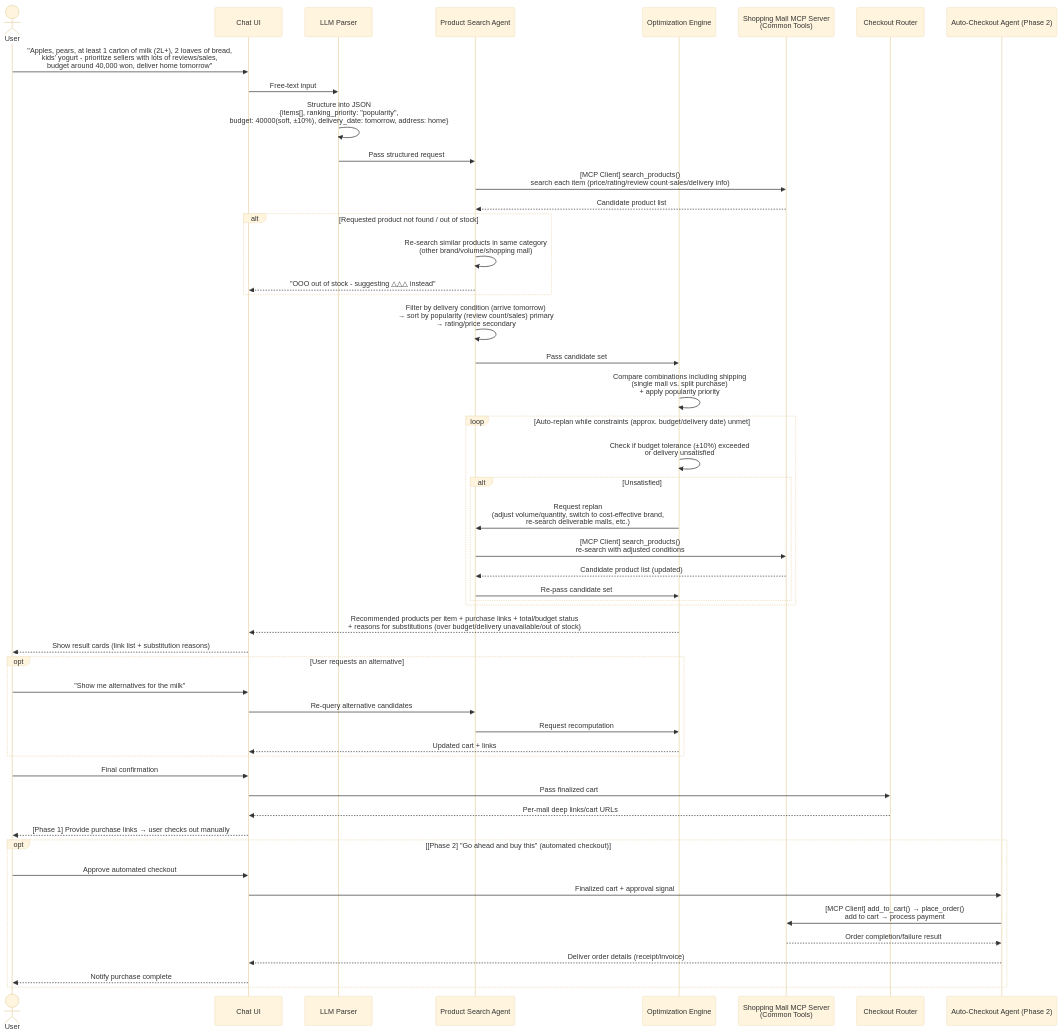
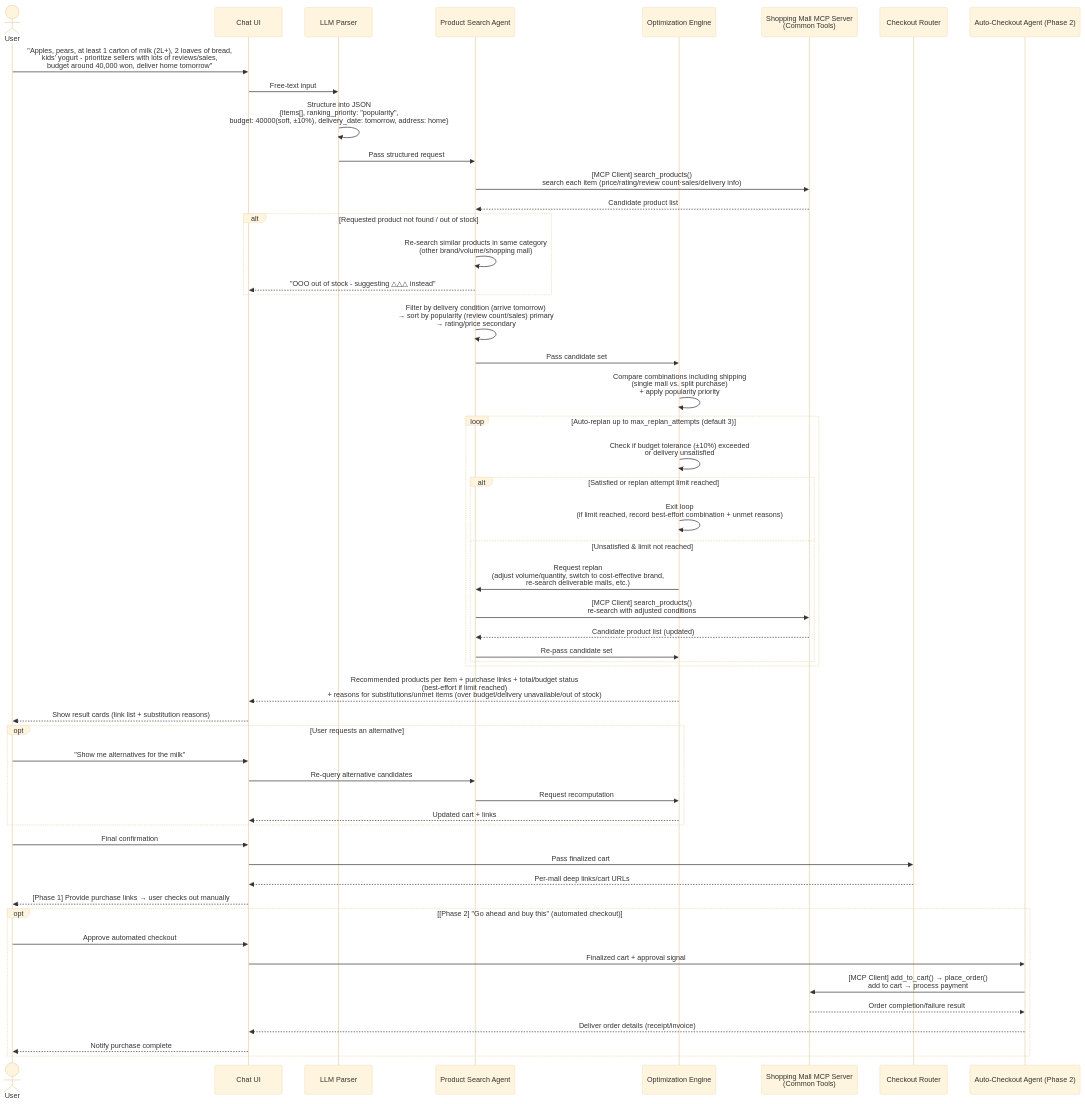
Before and after one commit to ace19-dev/SmartCart_Agent: the fourth of 4 diagrams in README.en.md, drawn with Mermaid (base theme). The commit also changed other lines of this file and 6 other files, not shown here.

First line of the commit message:
Add replan loop termination condition (max_replan_attempts)

````diff
--- a/README.en.md
+++ b/README.en.md
@@ -261,61 +261,63 @@
 ```mermaid
 sequenceDiagram
     actor User
     participant UI as Chat UI
     participant Parser as LLM Parser
     participant Search as Product Search Agent
     participant Optimizer as Optimization Engine
     participant Mall as Shopping Mall MCP Server<br/>(Common Tools)
     participant Router as Checkout Router
     participant Purchase as Auto-Checkout Agent (Phase 2)
 
     User->>UI: "Apples, pears, at least 1 carton of milk (2L+), 2 loaves of bread,<br/>kids' yogurt - prioritize sellers with lots of reviews/sales,<br/>budget around 40,000 won, deliver home tomorrow"
     UI->>Parser: Free-text input
     Parser->>Parser: Structure into JSON<br/>{items[], ranking_priority: "popularity",<br/>budget: 40000(soft, ±10%), delivery_date: tomorrow, address: home}
     Parser->>Search: Pass structured request
     Search->>Mall: [MCP Client] search_products()<br/>search each item (price/rating/review count·sales/delivery info)
     Mall-->>Search: Candidate product list
 
     alt Requested product not found / out of stock
         Search->>Search: Re-search similar products in same category<br/>(other brand/volume/shopping mall)
         Search-->>UI: "OOO out of stock - suggesting △△△ instead"
     end
 
     Search->>Search: Filter by delivery condition (arrive tomorrow)<br/>→ sort by popularity (review count/sales) primary<br/>→ rating/price secondary
     Search->>Optimizer: Pass candidate set
     Optimizer->>Optimizer: Compare combinations including shipping<br/>(single mall vs. split purchase)<br/>+ apply popularity priority
 
-    loop Auto-replan while constraints (approx. budget/delivery date) unmet
+    loop Auto-replan up to max_replan_attempts (default 3)
         Optimizer->>Optimizer: Check if budget tolerance (±10%) exceeded<br/>or delivery unsatisfied
-        alt Unsatisfied
+        alt Satisfied or replan attempt limit reached
+            Optimizer->>Optimizer: Exit loop<br/>(if limit reached, record best-effort combination + unmet reasons)
+        else Unsatisfied & limit not reached
             Optimizer->>Search: Request replan<br/>(adjust volume/quantity, switch to cost-effective brand,<br/>re-search deliverable malls, etc.)
             Search->>Mall: [MCP Client] search_products()<br/>re-search with adjusted conditions
             Mall-->>Search: Candidate product list (updated)
             Search->>Optimizer: Re-pass candidate set
         end
     end
 
-    Optimizer-->>UI: Recommended products per item + purchase links + total/budget status<br/>+ reasons for substitutions (over budget/delivery unavailable/out of stock)
+    Optimizer-->>UI: Recommended products per item + purchase links + total/budget status<br/>(best-effort if limit reached)<br/>+ reasons for substitutions/unmet items (over budget/delivery unavailable/out of stock)
     UI-->>User: Show result cards (link list + substitution reasons)
 
     opt User requests an alternative
         User->>UI: "Show me alternatives for the milk"
         UI->>Search: Re-query alternative candidates
         Search->>Optimizer: Request recomputation
         Optimizer-->>UI: Updated cart + links
     end
 
     User->>UI: Final confirmation
     UI->>Router: Pass finalized cart
     Router-->>UI: Per-mall deep links/cart URLs
     UI-->>User: [Phase 1] Provide purchase links → user checks out manually
 
     opt [Phase 2] "Go ahead and buy this" (automated checkout)
         User->>UI: Approve automated checkout
         UI->>Purchase: Finalized cart + approval signal
         Purchase->>Mall: [MCP Client] add_to_cart() → place_order()<br/>add to cart → process payment
         Mall-->>Purchase: Order completion/failure result
         Purchase-->>UI: Deliver order details (receipt/invoice)
         UI-->>User: Notify purchase complete
     end
 ```
````
